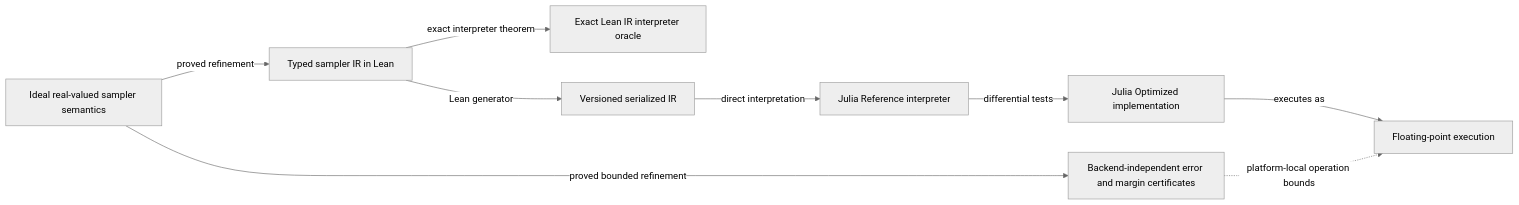
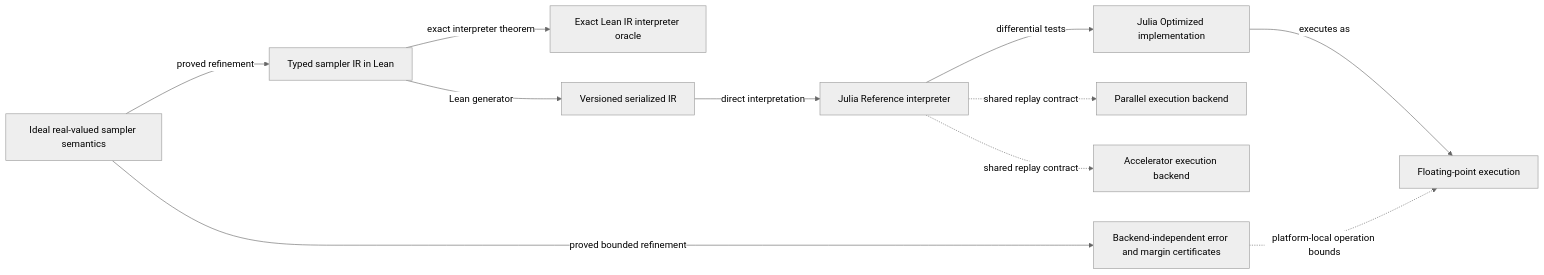
The second of 2 diagrams in docs/generated/architecture-graphs.md (xukai92/mcmc-lean), drawn with Mermaid (neutral theme) before and after one commit. The commit also changed other lines of this file and 7 other files, not shown here.

Commit message:
Plan backend-neutral verified execution

````diff
--- a/docs/generated/architecture-graphs.md
+++ b/docs/generated/architecture-graphs.md
@@ -69,19 +69,23 @@
 ```mermaid
 flowchart LR
   ideal["Ideal real-valued sampler semantics"]
   typed["Typed sampler IR in Lean"]
   oracle["Exact Lean IR interpreter oracle"]
   serialized["Versioned serialized IR"]
   reference["Julia Reference interpreter"]
   optimized["Julia Optimized implementation"]
+  parallel["Parallel execution backend"]
+  accelerator["Accelerator execution backend"]
   bounds["Backend-independent error and margin certificates"]
   float["Floating-point execution"]
   ideal -->|proved refinement| typed
   typed -->|exact interpreter theorem| oracle
   typed -->|Lean generator| serialized
   serialized -->|direct interpretation| reference
   reference -->|differential tests| optimized
+  reference -.->|shared replay contract| parallel
+  reference -.->|shared replay contract| accelerator
   ideal -->|proved bounded refinement| bounds
   bounds -.->|platform-local operation bounds| float
   optimized -->|executes as| float
 ```
````
